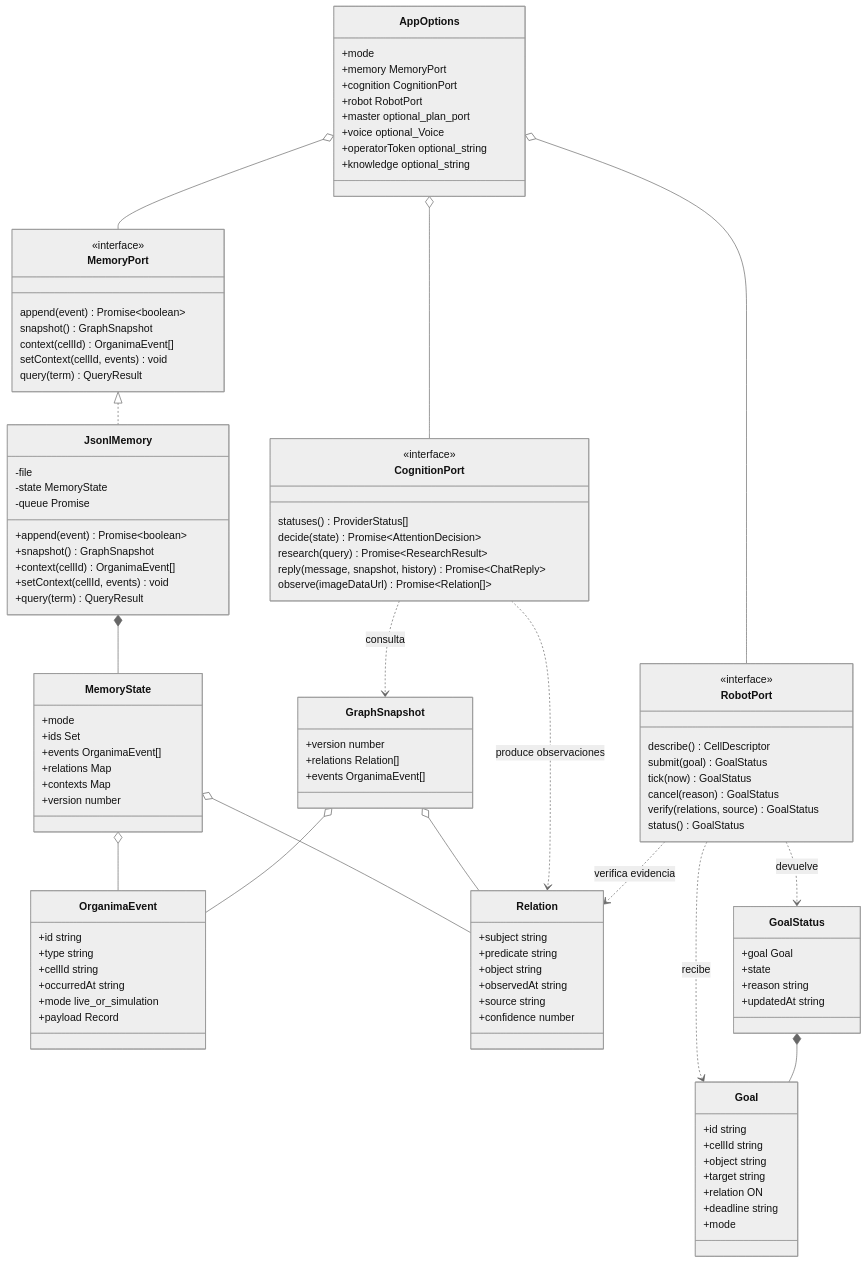
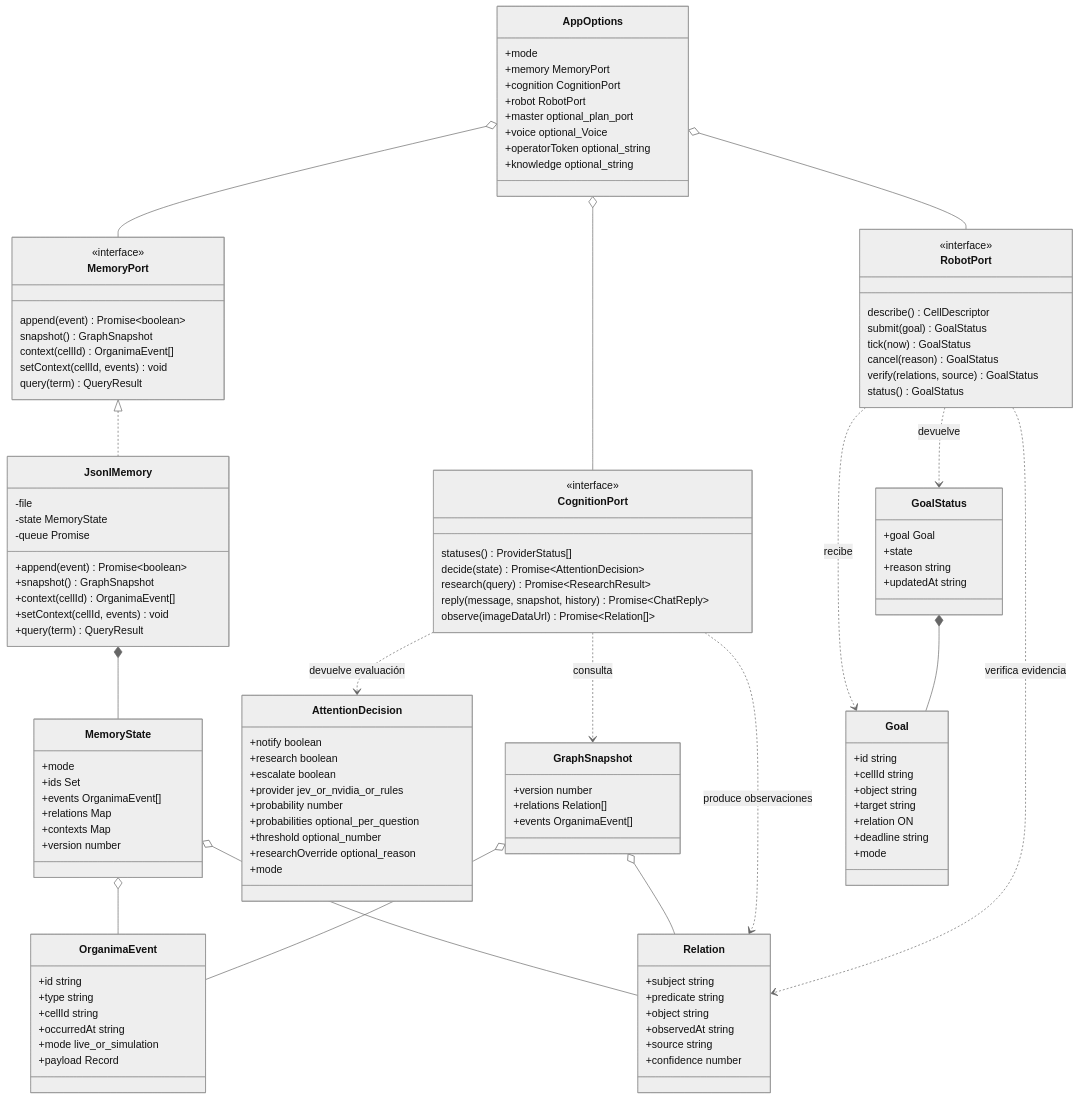
The eighth of 11 diagrams in docs/ARCHITECTURE-C4.md (abraxacreativelab-cell/Organima), drawn with Mermaid (neutral theme) before and after one commit. The commit also changed other lines of this file and 39 other files, not shown here.

Commit message:
feat: integrate Jev attention gateway and audit C4 system views

```diff
--- a/docs/ARCHITECTURE-C4.md
+++ b/docs/ARCHITECTURE-C4.md
@@ -328,6 +403,17 @@
     +contexts Map
     +version number
   }
+  class AttentionDecision {
+    +notify boolean
+    +research boolean
+    +escalate boolean
+    +provider jev_or_nvidia_or_rules
+    +probability number
+    +probabilities optional_per_question
+    +threshold optional_number
+    +researchOverride optional_reason
+    +mode
+  }
   class CognitionPort {
     <<interface>>
     statuses() ProviderStatus[]
@@ -376,6 +462,7 @@
   MemoryState o-- Relation
   GraphSnapshot o-- OrganimaEvent
   GraphSnapshot o-- Relation
+  CognitionPort ..> AttentionDecision : devuelve evaluación
   CognitionPort ..> GraphSnapshot : consulta
   CognitionPort ..> Relation : produce observaciones
   RobotPort ..> Goal : recibe
```
